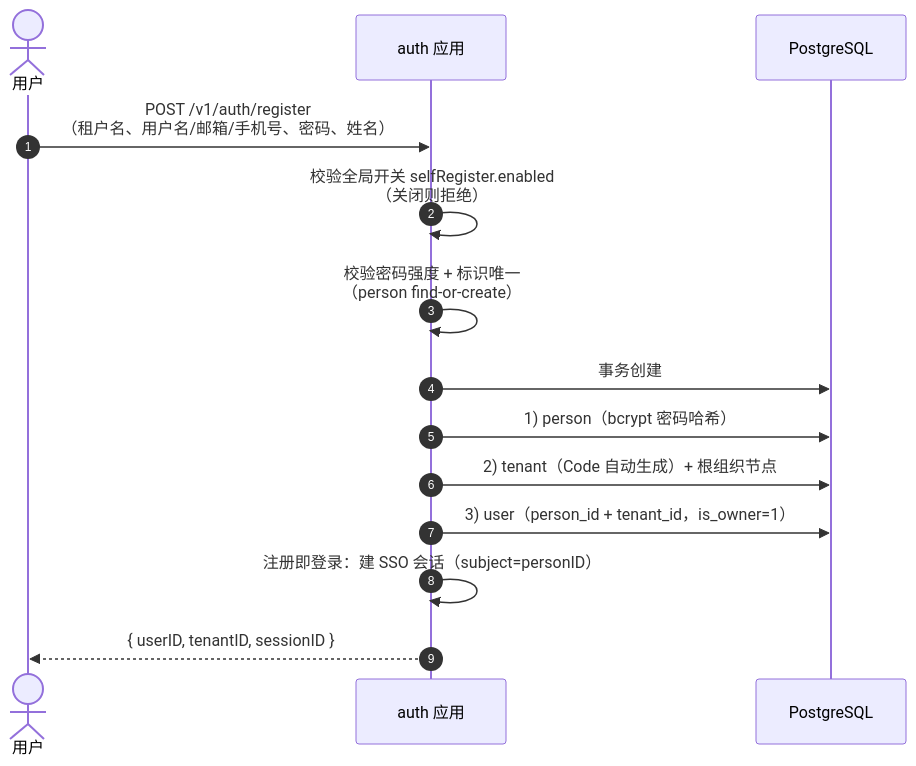
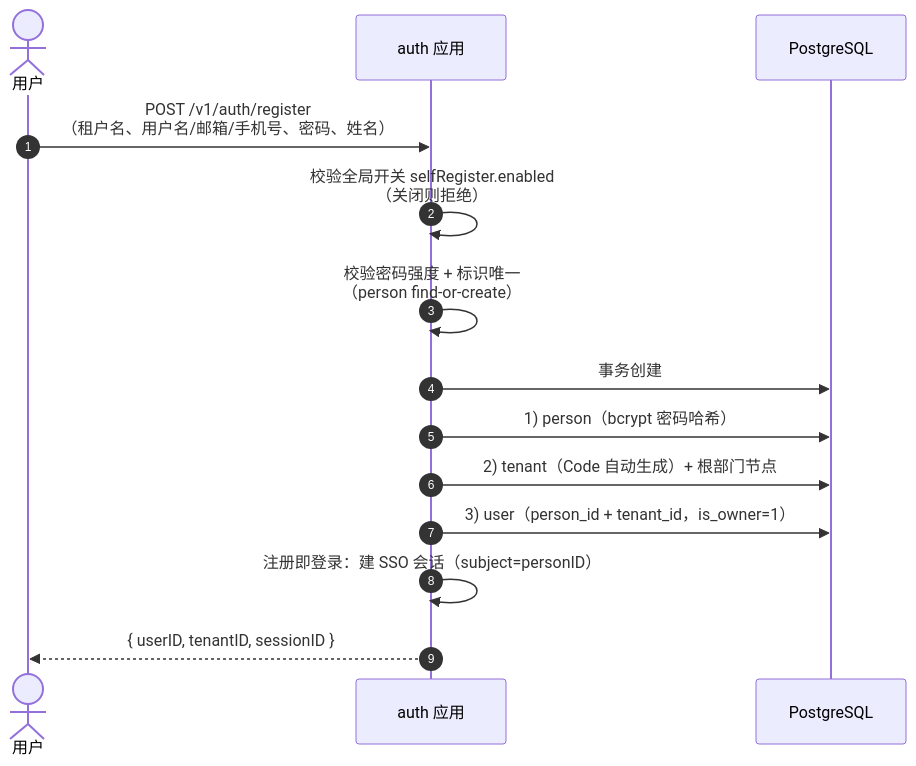
One commit to morehao/ark-iam changed the fourth of 14 diagrams in docs/design/system-design.md. Above: the diagram before and after it, drawn with Mermaid. The commit also changed other lines of this file and 107 other files, not shown here.

````diff
--- a/docs/design/system-design.md
+++ b/docs/design/system-design.md
@@ -568,17 +568,17 @@
 ```mermaid
 sequenceDiagram
     autonumber
     actor U as 用户
     participant A as auth 应用
     participant DB as PostgreSQL
 
     U->>A: POST /v1/auth/register<br/>（租户名、用户名/邮箱/手机号、密码、姓名）
     A->>A: 校验全局开关 selfRegister.enabled<br/>（关闭则拒绝）
     A->>A: 校验密码强度 + 标识唯一<br/>（person find-or-create）
     A->>DB: 事务创建
     A->>DB: 1) person（bcrypt 密码哈希）
-    A->>DB: 2) tenant（Code 自动生成）+ 根组织节点
+    A->>DB: 2) tenant（Code 自动生成）+ 根部门节点
     A->>DB: 3) user（person_id + tenant_id，is_owner=1）
     A->>A: 注册即登录：建 SSO 会话（subject=personID）
     A-->>U: { userID, tenantID, sessionID }
 ```
````
